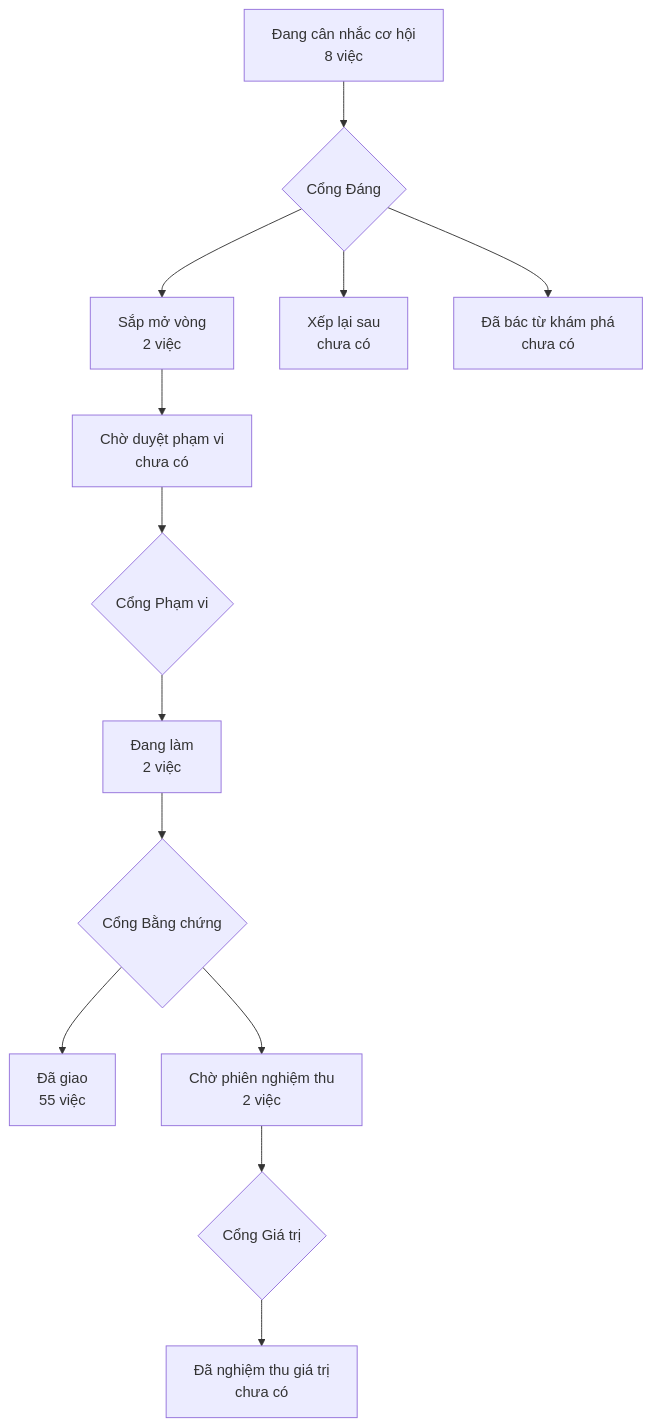
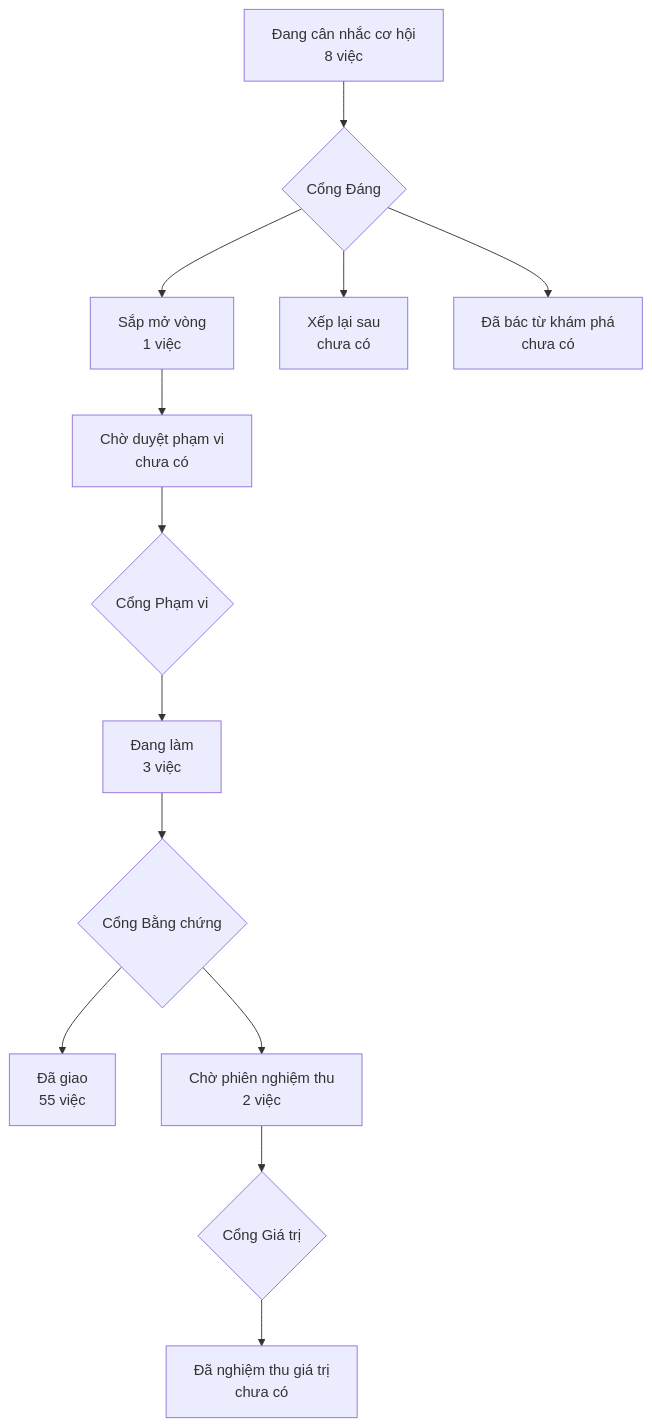
One commit to phanlemanh/acceptance-gate-kit changed the diagram in PRODUCT-MAP.md. Above: the diagram before and after it, drawn with Mermaid. The commit also changed 14 other files, not shown here.

````diff
--- a/PRODUCT-MAP.md
+++ b/PRODUCT-MAP.md
@@ -6,12 +6,12 @@
 ```mermaid
 flowchart TD
   A["Đang cân nhắc cơ hội<br/>8 việc"] --> GD{"Cổng Đáng"}
-  GD --> B["Sắp mở vòng<br/>2 việc"]
+  GD --> B["Sắp mở vòng<br/>1 việc"]
   GD --> XL["Xếp lại sau<br/>chưa có"]
   GD --> DB["Đã bác từ khám phá<br/>chưa có"]
   B --> CD["Chờ duyệt phạm vi<br/>chưa có"] --> GP{"Cổng Phạm vi"}
-  GP --> DL["Đang làm<br/>2 việc"] --> GB{"Cổng Bằng chứng"}
+  GP --> DL["Đang làm<br/>3 việc"] --> GB{"Cổng Bằng chứng"}
   GB --> DG["Đã giao<br/>55 việc"]
   GB --> CN["Chờ phiên nghiệm thu<br/>2 việc"] --> GG{"Cổng Giá trị"}
   GG --> NT["Đã nghiệm thu giá trị<br/>chưa có"]
 ```
````
